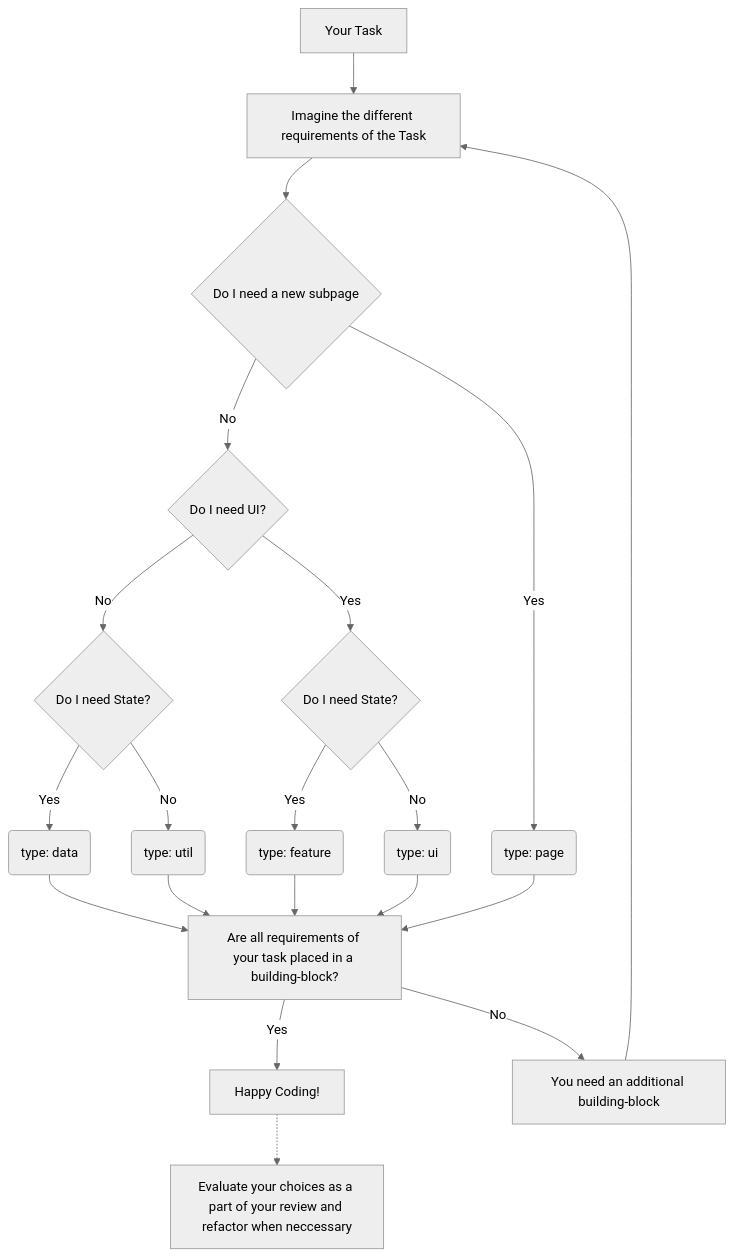
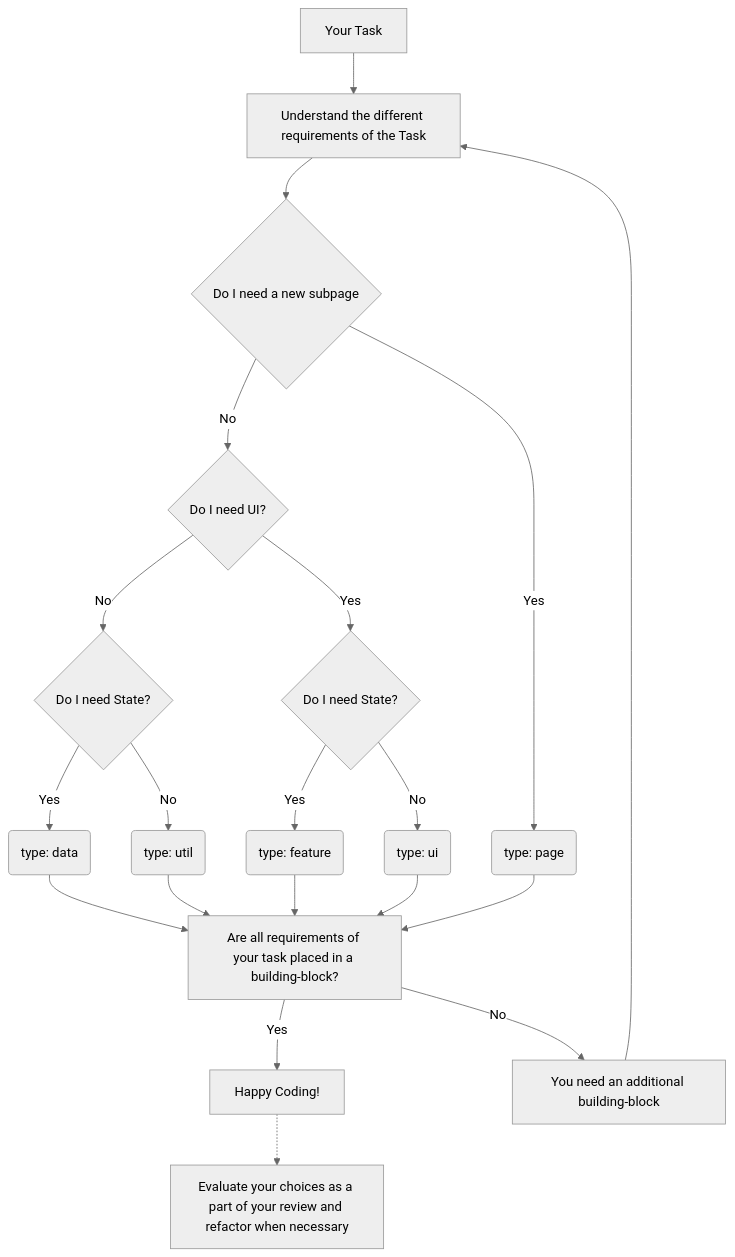
One commit to hpi-schul-cloud/schulcloud-documentation changed the diagram in docs/frontend-design-patterns/1_ProjectStructure.md. Above: the diagram before and after it, drawn with Mermaid (neutral theme). The commit also changed other lines of this file and 18 other files, not shown here.

````diff
--- a/docs/frontend-design-patterns/1_ProjectStructure.md
+++ b/docs/frontend-design-patterns/1_ProjectStructure.md
@@ -117,22 +112,22 @@
 ```mermaid
 flowchart TD
-    A[Your Task] --> B[Imagine the different requirements of the Task]
+    A[Your Task] --> B[Understand the different requirements of the Task]
     B --> C{Do I need a new subpage}
     C -->|Yes| D(type: page)
     C -->|No| E{Do I need UI?}
     E --> |No| F{Do I need State?}
     E --> |Yes| G{Do I need State?}
     F -->|Yes| H(type: data)
     F -->|No| I(type: util)
     G -->|Yes| J(type: feature)
     G -->|No| K(type: ui)
     H --> L[Are all requirements of your task placed in a building-block?]
     I --> L
     J --> L
     K --> L
     D --> L
     L -->|Yes| M[Happy Coding!]
     L -->|No| O[You need an additional building-block]
     O --> B
-    M -.-> P[Evaluate your choices as a part of your review and refactor when neccessary]
+    M -.-> P[Evaluate your choices as a part of your review and refactor when necessary]
 ```
````
